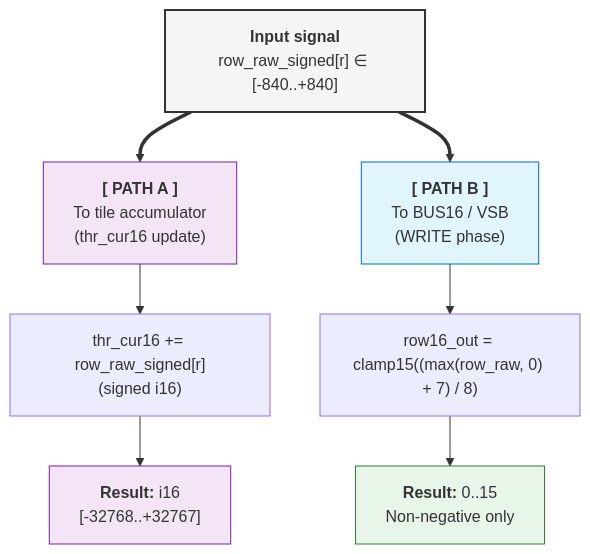
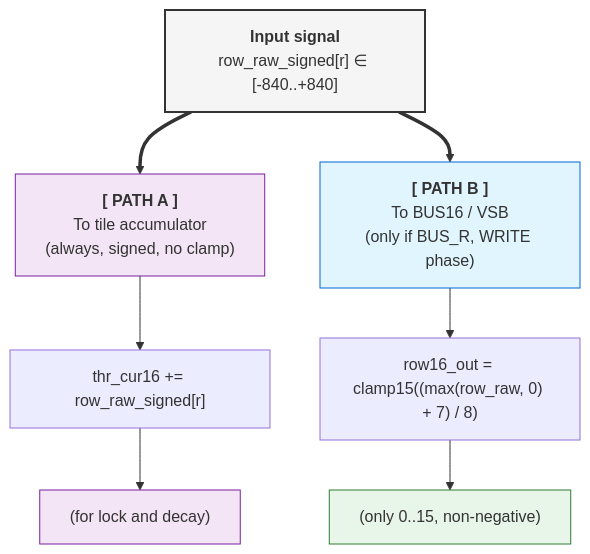
The first of 4 diagrams in en/docs/codex/index.md (rulerom/decima), drawn with Mermaid before and after one commit. The commit also changed other lines of this file and 7 other files, not shown here.

````diff
--- a/en/docs/codex/index.md
+++ b/en/docs/codex/index.md
@@ -139,15 +122,15 @@
 ```mermaid
 graph TD
     Root["<b>Input signal</b><br/>row_raw_signed[r] ∈ [-840..+840]"]
-    Root ==> PathA["<b>[ PATH A ]</b><br/>To tile accumulator<br/>(thr_cur16 update)"]
-    Root ==> PathB["<b>[ PATH B ]</b><br/>To BUS16 / VSB<br/>(WRITE phase)"]
-    PathA --> CalcA["thr_cur16 += row_raw_signed[r]<br/>(signed i16)"]
-    CalcA --> ResultA["<b>Result:</b> i16<br/>[-32768..+32767]"]
+    Root ==> PathA["<b>[ PATH A ]</b><br/>To tile accumulator<br/>(always, signed, no clamp)"]
+    Root ==> PathB["<b>[ PATH B ]</b><br/>To BUS16 / VSB<br/>(only if BUS_R, WRITE phase)"]
+    PathA --> CalcA["thr_cur16 += row_raw_signed[r]"]
+    CalcA --> ResultA["(for lock and decay)"]
     PathB --> CalcB["row16_out = clamp15((max(row_raw, 0) + 7) / 8)"]
-    CalcB --> ResultB["<b>Result:</b> 0..15<br/>Non-negative only"]
+    CalcB --> ResultB["(only 0..15, non-negative)"]
     style Root fill:#f5f5f5,stroke:#333,stroke-width:2px
     style PathA fill:#f3e5f5,stroke:#7b1fa2
     style PathB fill:#e1f5ff,stroke:#0366d6
     style ResultA fill:#f3e5f5,stroke:#7b1fa2
     style ResultB fill:#e8f5e9,stroke:#2e7d32
 ```
````
